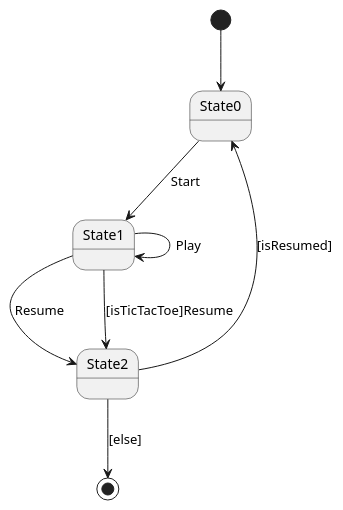
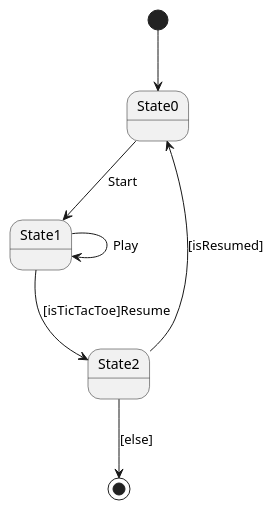
One commit to x-USantaTecla-game-ticTacToe/requirements changed the second of 2 diagrams in src/docs/asciidoc/index.adoc. Above: the diagram before and after it, drawn with PlantUML. The commit also changed 3 other files, not shown here.

Commit message:
Fix context diagram

```diff
--- a/src/docs/asciidoc/index.adoc
+++ b/src/docs/asciidoc/index.adoc
@@ -52,11 +52,10 @@
 [plantuml,diagramaContexto,svg]
 ....
 
 [*] --> State0
 State0 --> State1 : Start
 State1 --> State1 : Play
-State1 --> State2 : Resume
 State1 --> State2 : [isTicTacToe]Resume
 State2 --> State0 : [isResumed]
 State2 --> [*] : [else]
 ....
```
